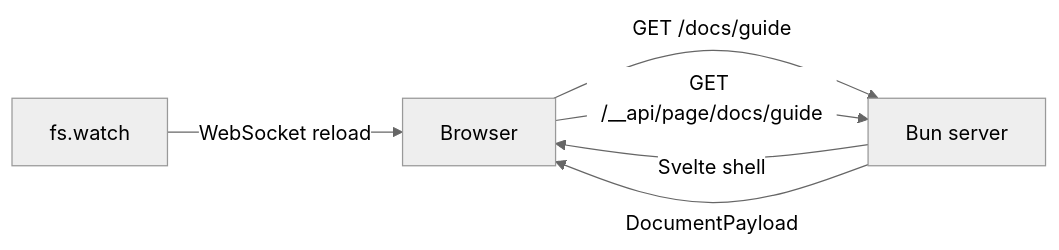
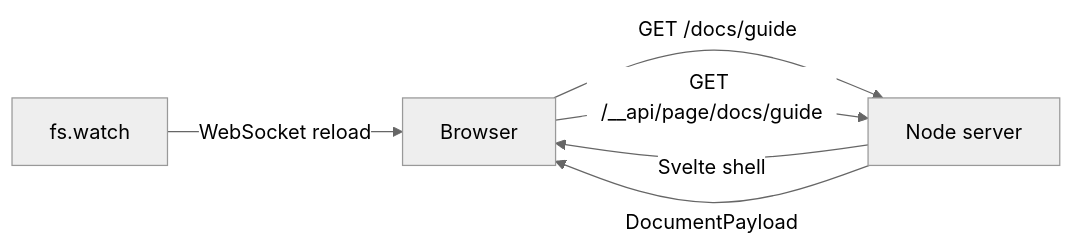
One commit to luohuidong/srvmd changed the diagram in README.md. Above: the diagram before and after it, drawn with Mermaid (neutral theme). The commit also changed other lines of this file and 265 other files, not shown here.

````diff
--- a/README.md
+++ b/README.md
@@ -135,8 +132,8 @@
 ```mermaid
 flowchart LR
-  Browser[Browser] -->|GET /docs/guide| Server[Bun server]
+  Browser[Browser] -->|GET /docs/guide| Server[Node server]
   Server -->|Svelte shell| Browser
   Browser -->|GET /__api/page/docs/guide| Server
   Server -->|DocumentPayload| Browser
   Watcher[fs.watch] -->|WebSocket reload| Browser
 ```
````
